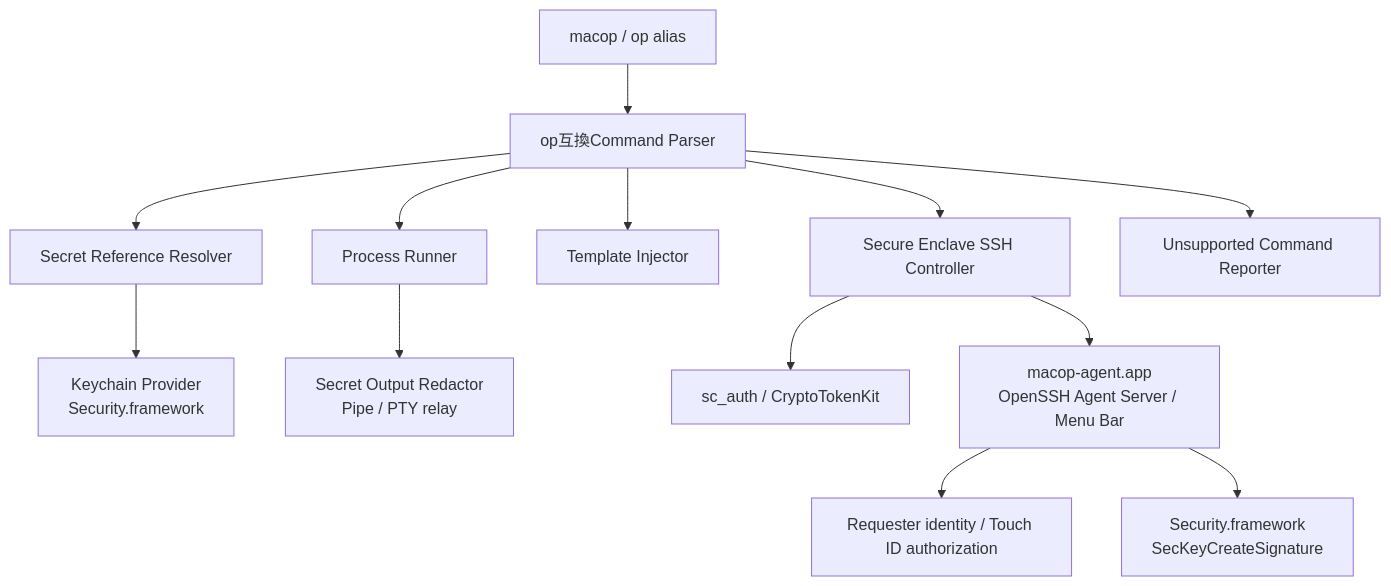
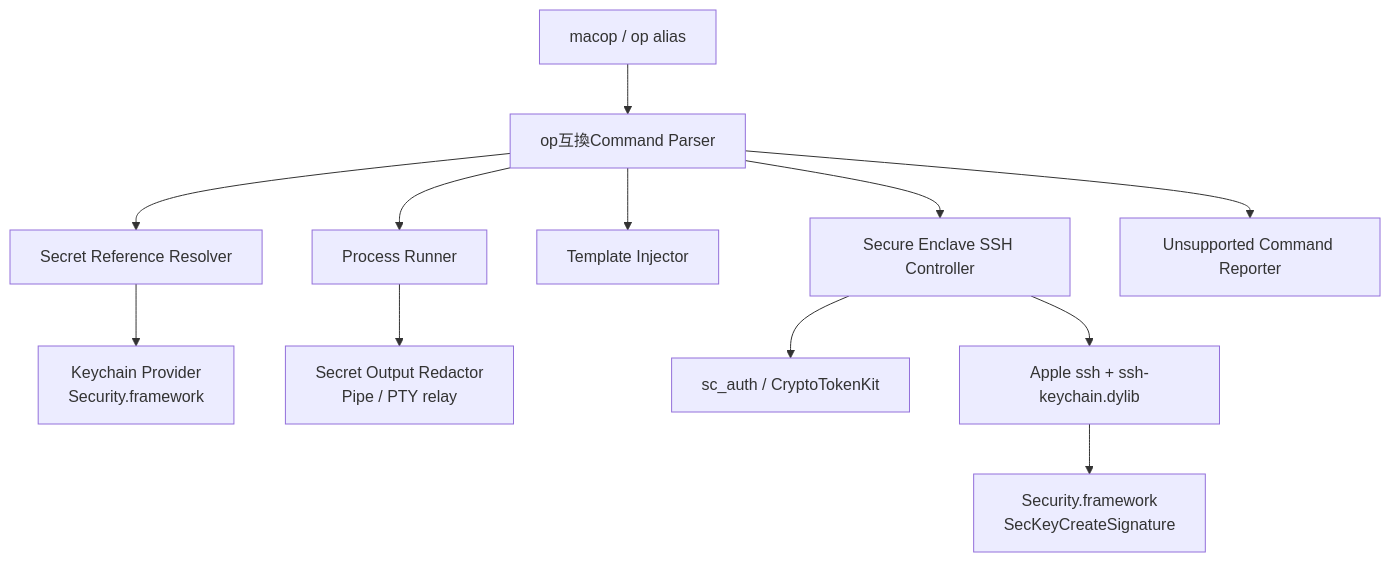
Before and after one commit to slashkiko/macop: the second of 2 diagrams in docs/macop-design.md, drawn with Mermaid. The commit also changed other lines of this file and 1 other file, not shown here.

Commit message:
docs: record SSH agent feasibility result

````diff
--- a/docs/macop-design.md
+++ b/docs/macop-design.md
@@ -401,15 +408,14 @@
 ```mermaid
 flowchart TD
     CLI["macop / op alias"] --> Parser["op互換Command Parser"]
     Parser --> Resolver["Secret Reference Resolver"]
     Resolver --> Keychain["Keychain Provider<br>Security.framework"]
     Parser --> Runner["Process Runner"]
     Runner --> Redactor["Secret Output Redactor<br>Pipe / PTY relay"]
     Parser --> Injector["Template Injector"]
     Parser --> SSH["Secure Enclave SSH Controller"]
     SSH --> CTK["sc_auth / CryptoTokenKit"]
-    SSH --> Agent["macop-agent.app<br>OpenSSH Agent Server / Menu Bar"]
-    Agent --> Auth["Requester identity / Touch ID authorization"]
-    Agent --> Key["Security.framework<br>SecKeyCreateSignature"]
+    SSH --> AppleSSH["Apple ssh + ssh-keychain.dylib"]
+    AppleSSH --> Key["Security.framework<br>SecKeyCreateSignature"]
     Parser --> Unsupported["Unsupported Command Reporter"]
 ```
````
